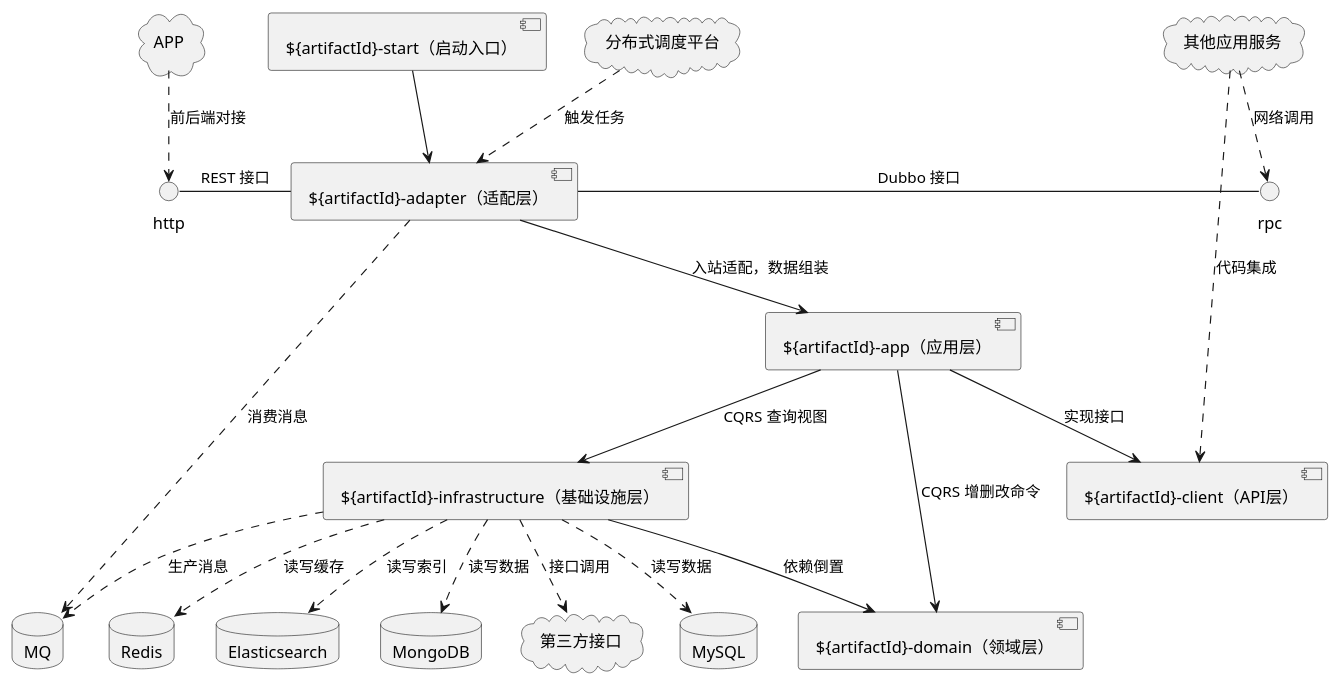
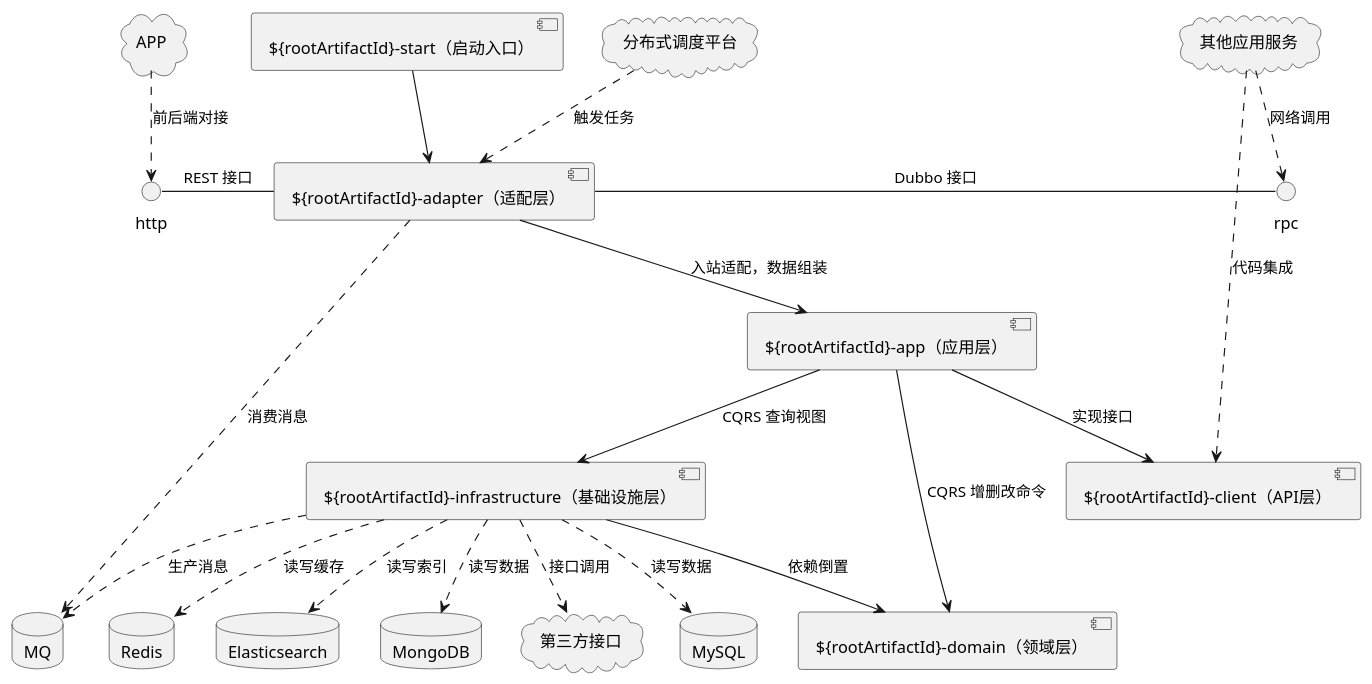
One commit to shiyindaxiaojie/eden-archetype changed the diagram in eden-archetype-cola/src/main/resources/archetype-resources/src/docs/uml/component.puml. Above: the diagram before and after it, drawn with PlantUML. The commit also changed other lines of this file and 143 other files, not shown here.

```diff
--- a/eden-archetype-cola/src/main/resources/archetype-resources/src/docs/uml/component.puml
+++ b/eden-archetype-cola/src/main/resources/archetype-resources/src/docs/uml/component.puml
@@ -1,38 +2,38 @@
 @startuml
 
-[${artifactId}-start（启动入口）] --> [${artifactId}-adapter（适配层）]
-[${artifactId}-adapter（适配层）] --> [${artifactId}-app（应用层）]: 入站适配，数据组装
-[${artifactId}-app（应用层）] --> [${artifactId}-client（API层）]: 实现接口
-[${artifactId}-app（应用层）] --> [${artifactId}-domain（领域层）]: CQRS 增删改命令
-[${artifactId}-app（应用层）] --> [${artifactId}-infrastructure（基础设施层）]: CQRS 查询视图
-[${artifactId}-infrastructure（基础设施层）] --> [${artifactId}-domain（领域层）]: 依赖倒置
+[${rootArtifactId}-start（启动入口）] --> [${rootArtifactId}-adapter（适配层）]
+[${rootArtifactId}-adapter（适配层）] --> [${rootArtifactId}-app（应用层）]: 入站适配，数据组装
+[${rootArtifactId}-app（应用层）] --> [${rootArtifactId}-client（API层）]: 实现接口
+[${rootArtifactId}-app（应用层）] --> [${rootArtifactId}-domain（领域层）]: CQRS 增删改命令
+[${rootArtifactId}-app（应用层）] --> [${rootArtifactId}-infrastructure（基础设施层）]: CQRS 查询视图
+[${rootArtifactId}-infrastructure（基础设施层）] --> [${rootArtifactId}-domain（领域层）]: 依赖倒置
 
 cloud APP
 cloud 其他应用服务
 cloud 第三方接口
 cloud 分布式调度平台
 
 database MySQL
 database Redis
 database MQ
 database Elasticsearch
 database MongoDB
 
-http - [${artifactId}-adapter（适配层）]: REST 接口
+http - [${rootArtifactId}-adapter（适配层）]: REST 接口
 [APP] ..> http: 前后端对接
 
-[${artifactId}-adapter（适配层）] - rpc: Dubbo 接口
+[${rootArtifactId}-adapter（适配层）] - rpc: Dubbo 接口
 [其他应用服务] ..> rpc: 网络调用
-[其他应用服务] ..> [${artifactId}-client（API层）]: 代码集成
+[其他应用服务] ..> [${rootArtifactId}-client（API层）]: 代码集成
 
-[${artifactId}-adapter（适配层）] ..> MQ: 消费消息
-[分布式调度平台] ..> [${artifactId}-adapter（适配层）]: 触发任务
+[${rootArtifactId}-adapter（适配层）] ..> MQ: 消费消息
+[分布式调度平台] ..> [${rootArtifactId}-adapter（适配层）]: 触发任务
 
-[${artifactId}-infrastructure（基础设施层）] ..> MySQL: 读写数据
-[${artifactId}-infrastructure（基础设施层）] ..> Elasticsearch: 读写索引
-[${artifactId}-infrastructure（基础设施层）] ..> MongoDB: 读写数据
-[${artifactId}-infrastructure（基础设施层）] ..> MQ: 生产消息
-[${artifactId}-infrastructure（基础设施层）] ..> Redis: 读写缓存
-[${artifactId}-infrastructure（基础设施层）] ..> 第三方接口: 接口调用
+[${rootArtifactId}-infrastructure（基础设施层）] ..> MySQL: 读写数据
+[${rootArtifactId}-infrastructure（基础设施层）] ..> Elasticsearch: 读写索引
+[${rootArtifactId}-infrastructure（基础设施层）] ..> MongoDB: 读写数据
+[${rootArtifactId}-infrastructure（基础设施层）] ..> MQ: 生产消息
+[${rootArtifactId}-infrastructure（基础设施层）] ..> Redis: 读写缓存
+[${rootArtifactId}-infrastructure（基础设施层）] ..> 第三方接口: 接口调用
 
 @enduml
```
